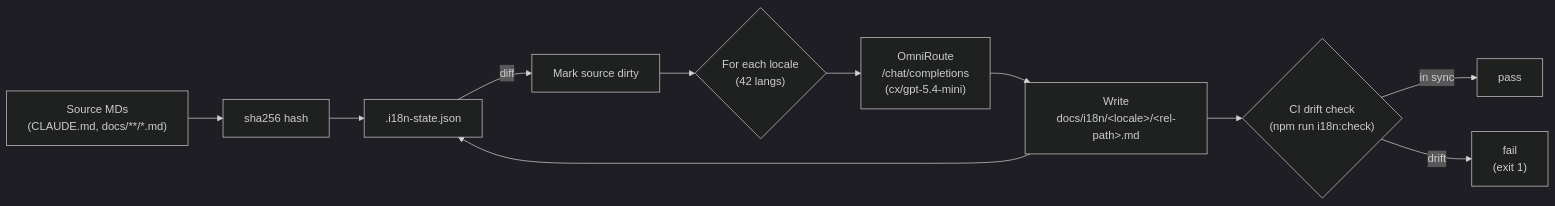
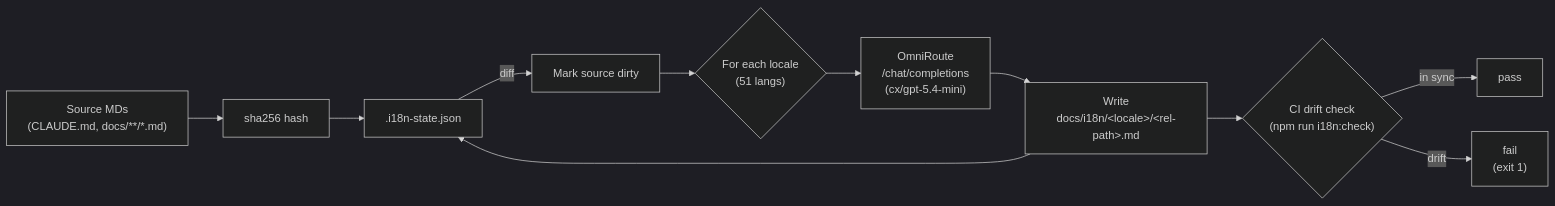
One commit to niyatna/NiyatnaRoute changed the diagram in docs/diagrams/i18n-flow.mmd. Above: the diagram before and after it, drawn with Mermaid (dark theme). The commit also changed 1322 other files, not shown here.

```diff
--- a/docs/diagrams/i18n-flow.mmd
+++ b/docs/diagrams/i18n-flow.mmd
@@ -1,14 +1,14 @@
 %% Incremental hash-based i18n pipeline
 %% Reflects: scripts/i18n/* and docs/i18n/<locale>/*.md mirror layout
 %% v3.8.0
 flowchart LR
   Src["Source MDs<br/>(CLAUDE.md, docs/**/*.md)"] --> Hash["sha256 hash"]
   Hash --> State[".i18n-state.json"]
   State -->|diff| Dirty["Mark source dirty"]
-  Dirty --> Loop{"For each locale<br/>(42 langs)"}
+  Dirty --> Loop{"For each locale<br/>(51 langs)"}
   Loop --> LLM["OmniRoute<br/>/chat/completions<br/>(cx/gpt-5.4-mini)"]
   LLM --> Target["Write<br/>docs/i18n/&lt;locale&gt;/&lt;rel-path&gt;.md"]
   Target --> State
   Target --> CI{"CI drift check<br/>(npm run i18n:check)"}
   CI -->|in sync| Pass["pass"]
   CI -->|drift| Fail["fail<br/>(exit 1)"]
```
